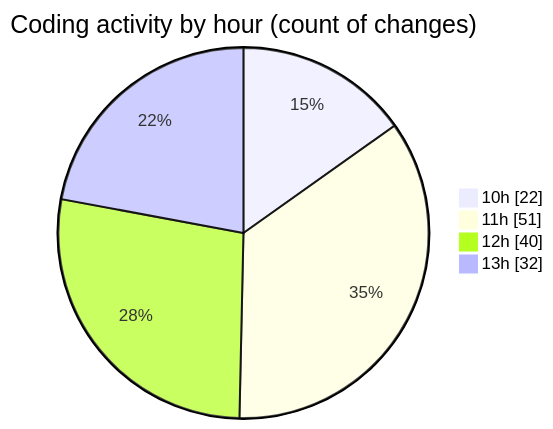
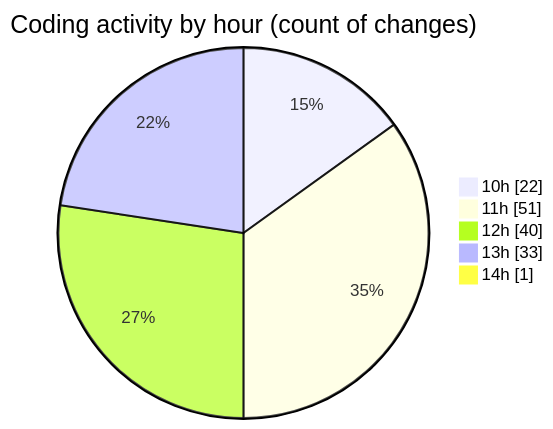
The second of 2 diagrams in 2025-04-29/cda/README.md (momahboobian/code-tracking), drawn with Mermaid before and after one commit. The commit also changed other lines of this file and 1 other file, not shown here.

````diff
--- a/2025-04-29/cda/README.md
+++ b/2025-04-29/cda/README.md
@@ -51,8 +51,9 @@
 ```mermaid
 pie showData
 title Coding activity by hour (count of changes)
 "10h" : 22
 "11h" : 51
 "12h" : 40
-"13h" : 32
+"13h" : 33
+"14h" : 1
 ```
````
